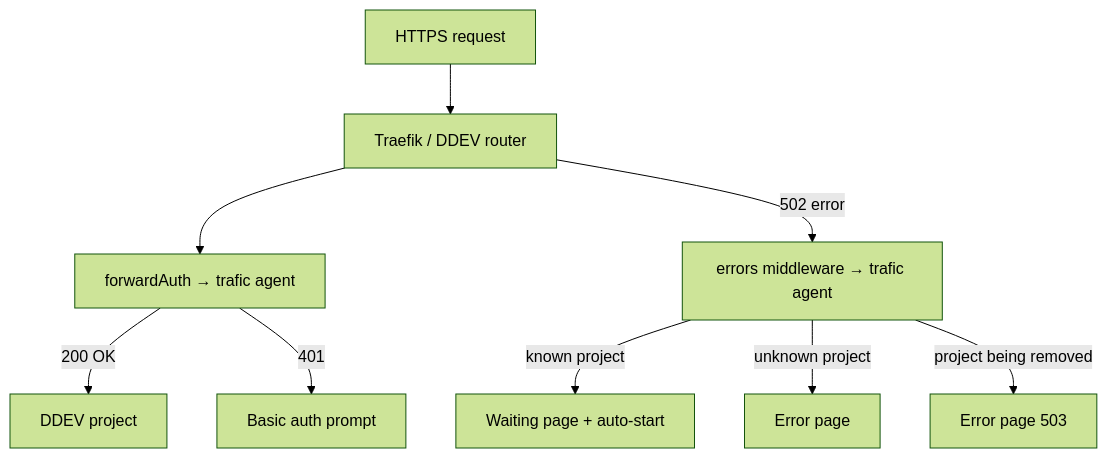
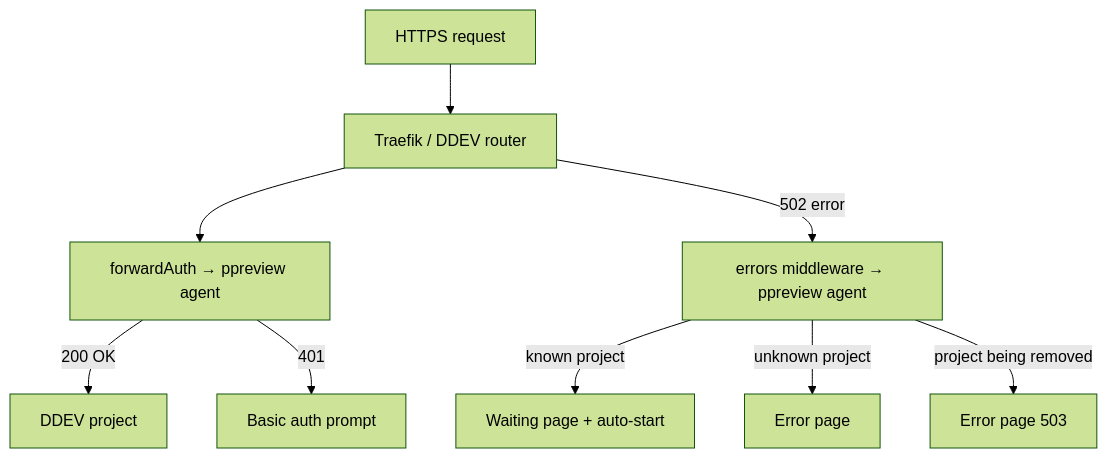
Before and after one commit to studiometa/trafic: the diagram in README.md, drawn with Mermaid (forest theme). The commit also changed other lines of this file and 241 other files, not shown here.

First line of the commit message:
Rename Trafic to ppreview, in one package

````diff
--- a/README.md
+++ b/README.md
@@ -26,11 +28,11 @@
 ```mermaid
 flowchart TD
   request[HTTPS request] --> traefik[Traefik / DDEV router]
-  traefik --> forwardAuth[forwardAuth → trafic agent]
+  traefik --> forwardAuth[forwardAuth → ppreview agent]
   forwardAuth --> |200 OK| ddev-web[DDEV project]
   forwardAuth --> |401| basic-auth[Basic auth prompt]
-  traefik --> |502 error| errors[errors middleware → trafic agent]
+  traefik --> |502 error| errors[errors middleware → ppreview agent]
   errors --> |known project| waiting[Waiting page + auto-start]
   errors --> |unknown project| error-page[Error page]
   errors --> |project being removed| removing[Error page 503]
 ```
````
